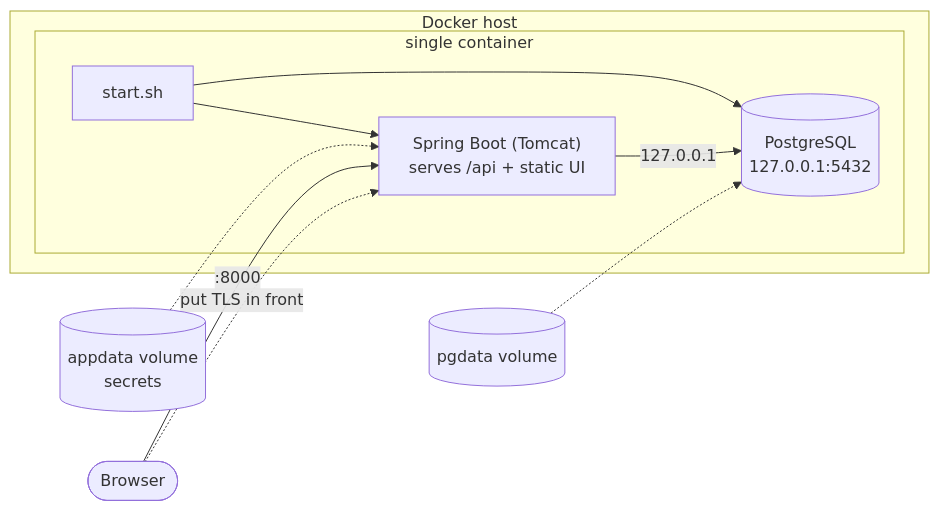
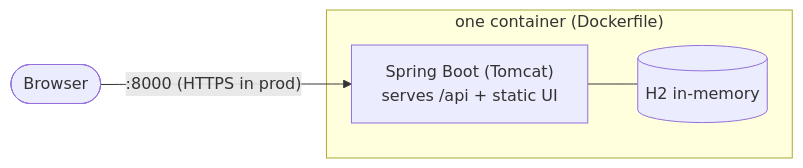
One commit to rishabh750/quiz changed the second of 5 diagrams in docs/ARCHITECTURE.md. Above: the diagram before and after it, drawn with Mermaid. The commit also changed other lines of this file and 95 other files, not shown here.

````diff
--- a/docs/ARCHITECTURE.md
+++ b/docs/ARCHITECTURE.md
@@ -71,20 +47,10 @@
 ```mermaid
 graph LR
   User(["Browser"])
-
-  subgraph Host["Docker host"]
-    subgraph C["single container"]
-      SH["start.sh"]
-      S["Spring Boot (Tomcat)<br/>serves /api + static UI"]
-      DB[("PostgreSQL<br/>127.0.0.1:5432")]
-      SH --> DB
-      SH --> S
-      S -->|127.0.0.1| DB
-    end
+  subgraph C["one container (Dockerfile)"]
+    S["Spring Boot (Tomcat)<br/>serves /api + static UI"]
+    DB[("H2 in-memory")]
+    S --- DB
   end
-
-  V1[("pgdata volume")] -.-> DB
-  V2[("appdata volume<br/>secrets")] -.-> S
-  User -->|":8000"| S
-  User -. put TLS in front .-> S
+  User -->|":8000 (HTTPS in prod)"| S
 ```
````
